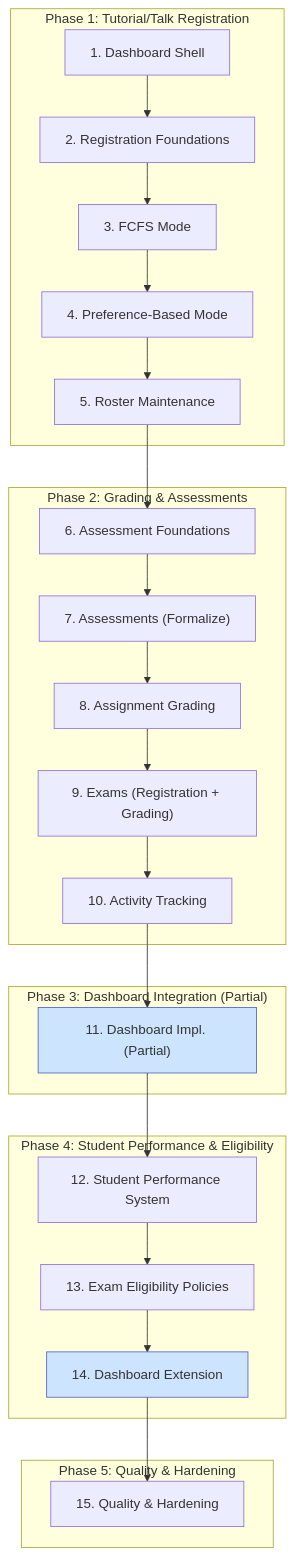
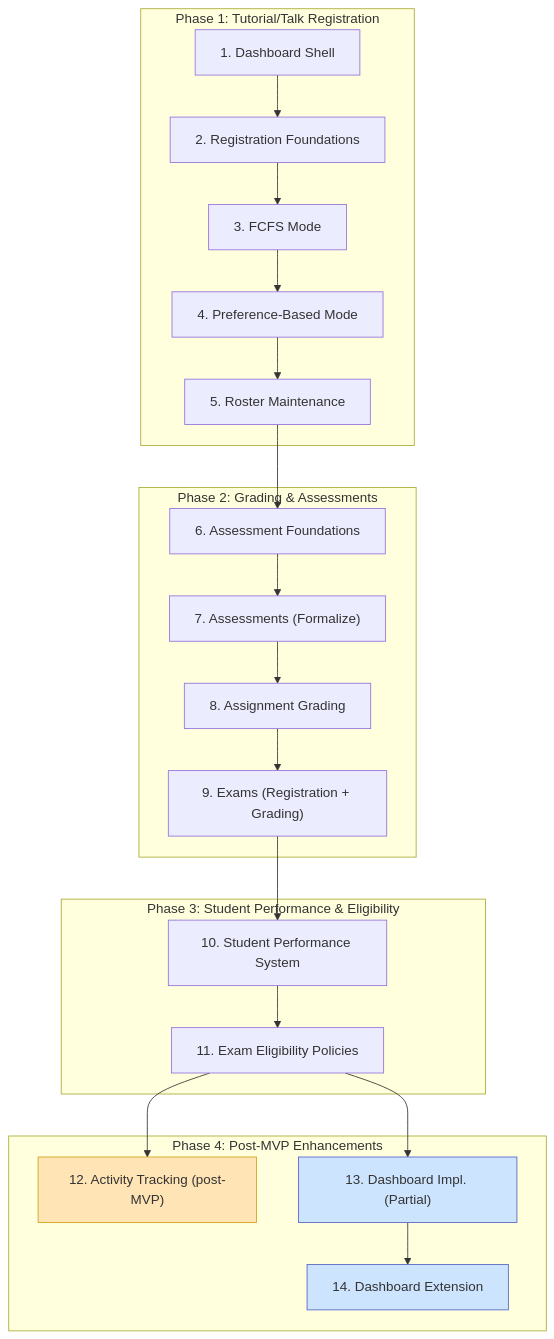
The diagram in architecture/src/features/plan.md (MaMpf-HD/mampf), drawn with Mermaid before and after one commit. The commit also changed other lines of this file and 3 other files, not shown here.

Commit message:
Update implementation roadmap and clarify step numbering

````diff
--- a/architecture/src/features/plan.md
+++ b/architecture/src/features/plan.md
@@ -18,34 +18,31 @@
 ```mermaid
 graph TD
     subgraph "Phase 1: Tutorial/Talk Registration"
         S1["1. Dashboard Shell"] --> S2["2. Registration Foundations"];
         S2 --> S3["3. FCFS Mode"];
         S3 --> S4["4. Preference-Based Mode"];
         S4 --> S5["5. Roster Maintenance"];
     end
 
     subgraph "Phase 2: Grading & Assessments"
         S5 --> S6["6. Assessment Foundations"];
         S6 --> S7["7. Assessments (Formalize)"];
         S7 --> S8["8. Assignment Grading"];
         S8 --> S9["9. Exams (Registration + Grading)"];
-        S9 --> S10["10. Activity Tracking"];
     end
 
-    subgraph "Phase 3: Dashboard Integration (Partial)"
-        S10 --> S11["11. Dashboard Impl. (Partial)"];
+    subgraph "Phase 3: Student Performance & Eligibility"
+        S9 --> S10["10. Student Performance System"];
+        S10 --> S11["11. Exam Eligibility Policies"];
     end
 
-    subgraph "Phase 4: Student Performance & Eligibility"
-        S11 --> S12["12. Student Performance System"];
-        S12 --> S13["13. Exam Eligibility Policies"];
+    subgraph "Phase 4: Post-MVP Enhancements"
+        S11 --> S12["12. Activity Tracking (post-MVP)"];
+        S11 --> S13["13. Dashboard Impl. (Partial)"];
         S13 --> S14["14. Dashboard Extension"];
     end
 
-    subgraph "Phase 5: Quality & Hardening"
-        S14 --> S15["15. Quality & Hardening"];
-    end
-
-    style S11 fill:#cde4ff,stroke:#5461c8
+    style S13 fill:#cde4ff,stroke:#5461c8
     style S14 fill:#cde4ff,stroke:#5461c8
+    style S12 fill:#ffe4b5,stroke:#d4a017
 ```
````
